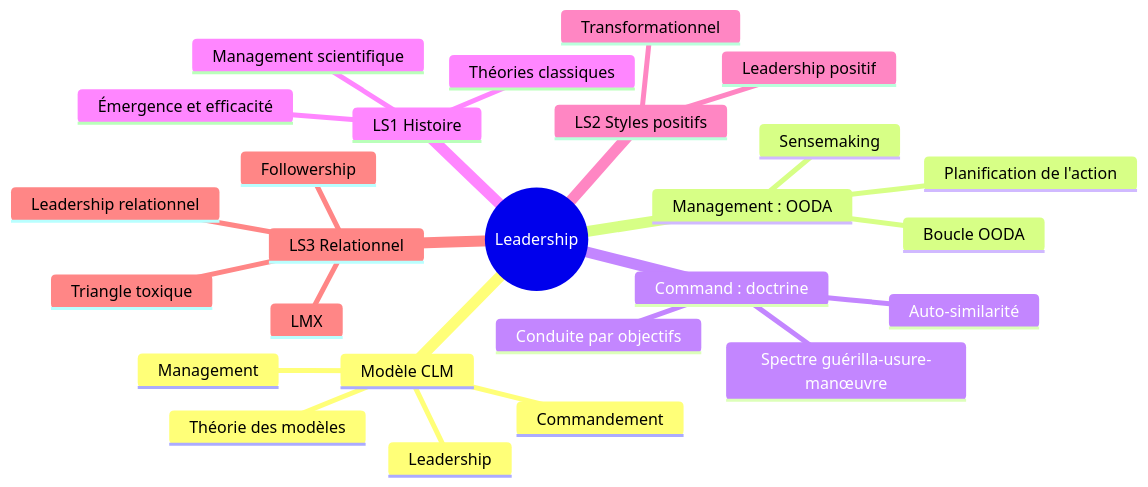
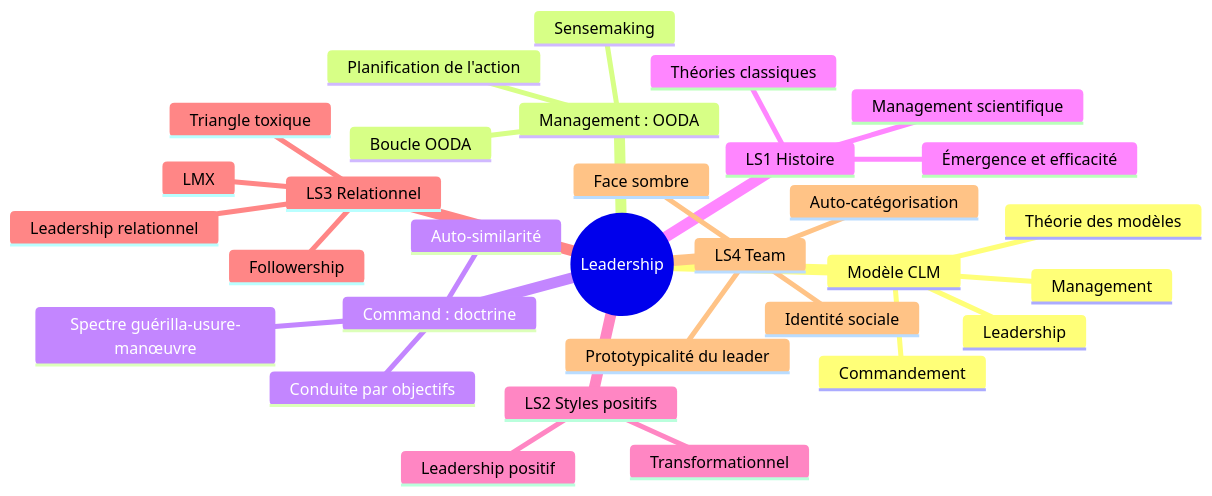
The diagram in NEXUS/09-Learning/Course-Maps/HS26 - Leadership.md (aidraxowl/NEXUS), drawn with Mermaid before and after one commit. The commit also changed other lines of this file and 123 other files, not shown here.

````diff
--- a/NEXUS/09-Learning/Course-Maps/HS26 - Leadership.md
+++ b/NEXUS/09-Learning/Course-Maps/HS26 - Leadership.md
@@ -19,29 +19,34 @@
 ```mermaid
 mindmap
   root((Leadership))
     Modèle CLM
       Commandement
       Leadership
       Management
       Théorie des modèles
     Management : OODA
       Boucle OODA
       Sensemaking
       Planification de l'action
     Command : doctrine
       Conduite par objectifs
       Spectre guérilla-usure-manœuvre
       Auto-similarité
     LS1 Histoire
       Théories classiques
       Émergence et efficacité
       Management scientifique
     LS2 Styles positifs
       Leadership positif
       Transformationnel
     LS3 Relationnel
       Leadership relationnel
       Followership
       Triangle toxique
       LMX
+    LS4 Team
+      Identité sociale
+      Auto-catégorisation
+      Prototypicalité du leader
+      Face sombre
 ```
````
